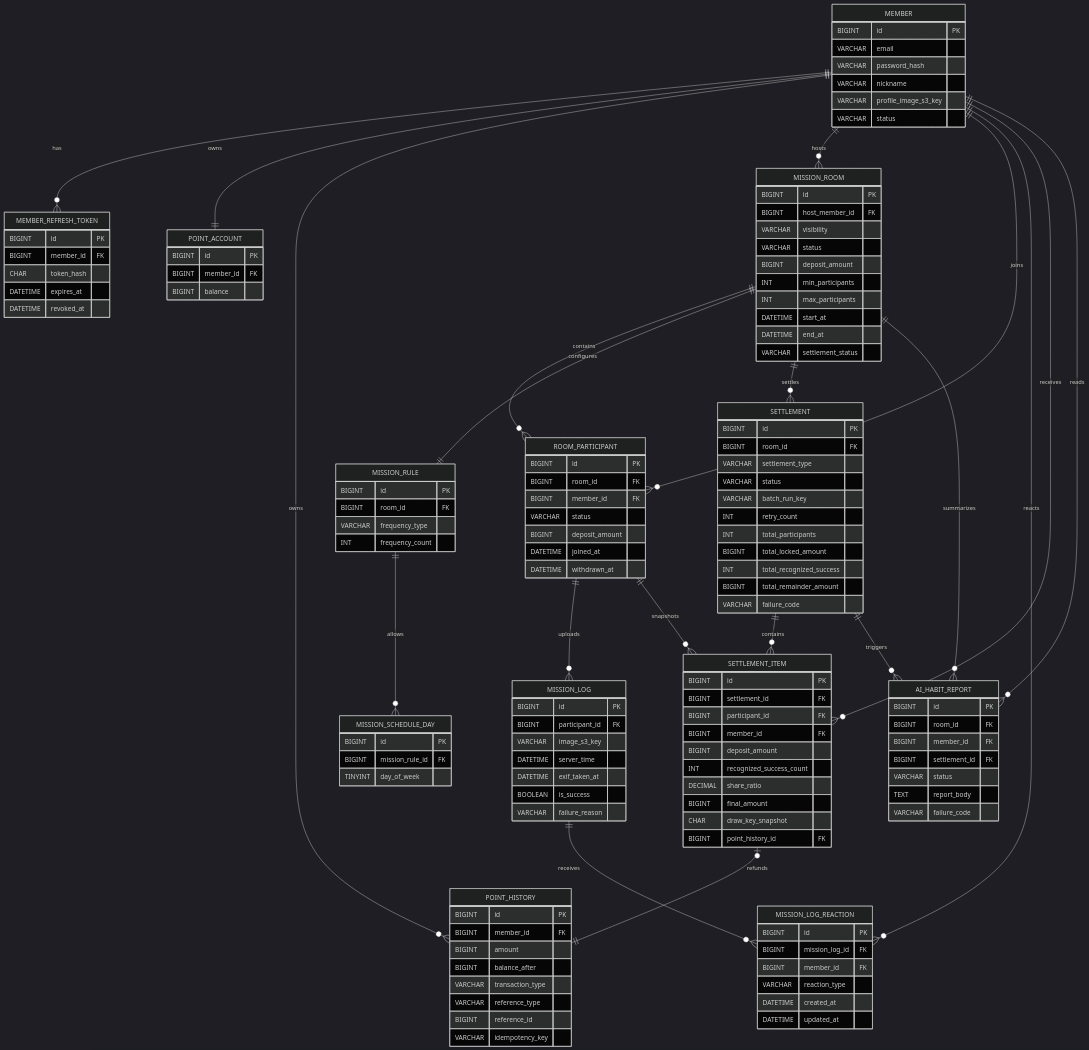
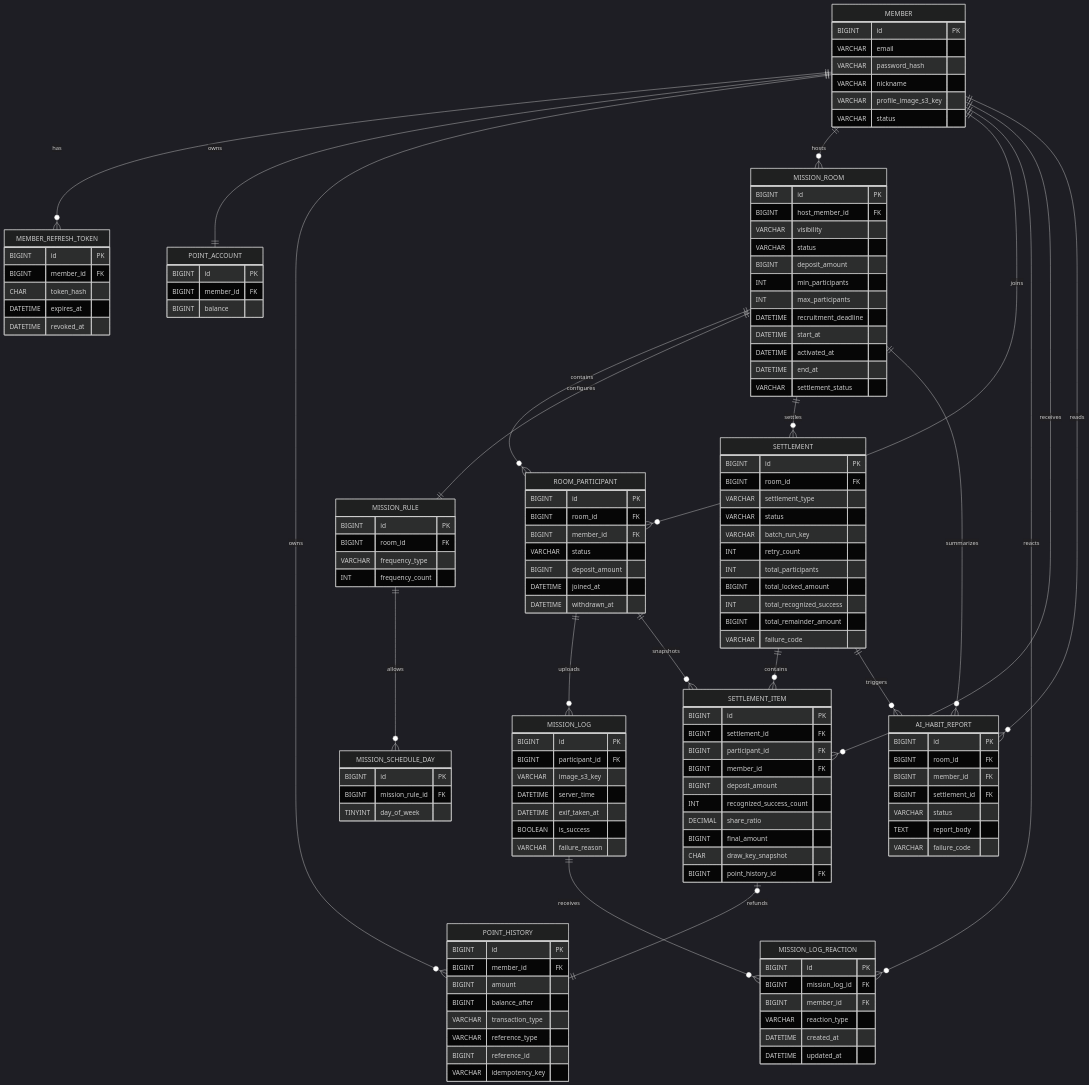
One commit to seoilhyeon/final-docs changed the diagram in ERD-god-saving.md. Above: the diagram before and after it, drawn with Mermaid (dark theme). The commit also changed other lines of this file and 6 other files, not shown here.

```diff
--- a/ERD-god-saving.md
+++ b/ERD-god-saving.md
@@ -819,7 +826,9 @@
         BIGINT deposit_amount
         INT min_participants
         INT max_participants
+        DATETIME recruitment_deadline
         DATETIME start_at
+        DATETIME activated_at
         DATETIME end_at
         VARCHAR settlement_status
     }
```
